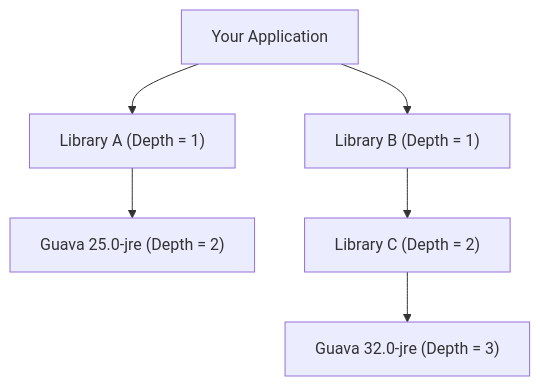
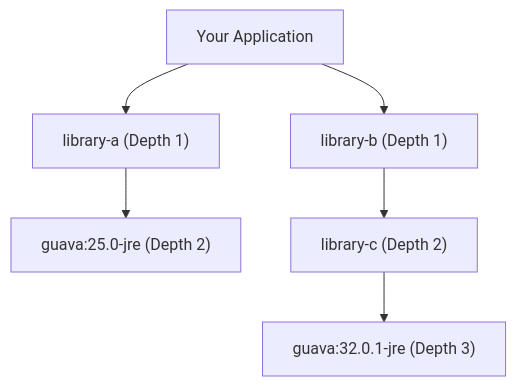
One commit to ravishankar2463/java_hub changed the fifth of 5 diagrams in content/roadmap/level-8/build-tools.md. Above: the diagram before and after it, drawn with Mermaid. The commit also changed other lines of this file and 119 other files, not shown here.

Commit message:
feat: add comprehensive java learning roadmap content across multiple levels

````diff
--- a/content/roadmap/level-8/build-tools.md
+++ b/content/roadmap/level-8/build-tools.md
@@ -158,10 +322,10 @@
 ```mermaid
 flowchart TD
     Root["Your Application"]
-    Root --> LibA["Library A (Depth = 1)"]
-    Root --> LibB["Library B (Depth = 1)"]
-    
-    LibA --> G25["Guava 25.0-jre (Depth = 2)"]
-    LibB --> SubC["Library C (Depth = 2)"]
-    SubC --> G32["Guava 32.0-jre (Depth = 3)"]
+    Root --> LibA["library-a (Depth 1)"]
+    Root --> LibB["library-b (Depth 1)"]
+
+    LibA --> G25["guava:25.0-jre (Depth 2)"]
+    LibB --> LibC["library-c (Depth 2)"]
+    LibC --> G32["guava:32.0.1-jre (Depth 3)"]
 ```
````
